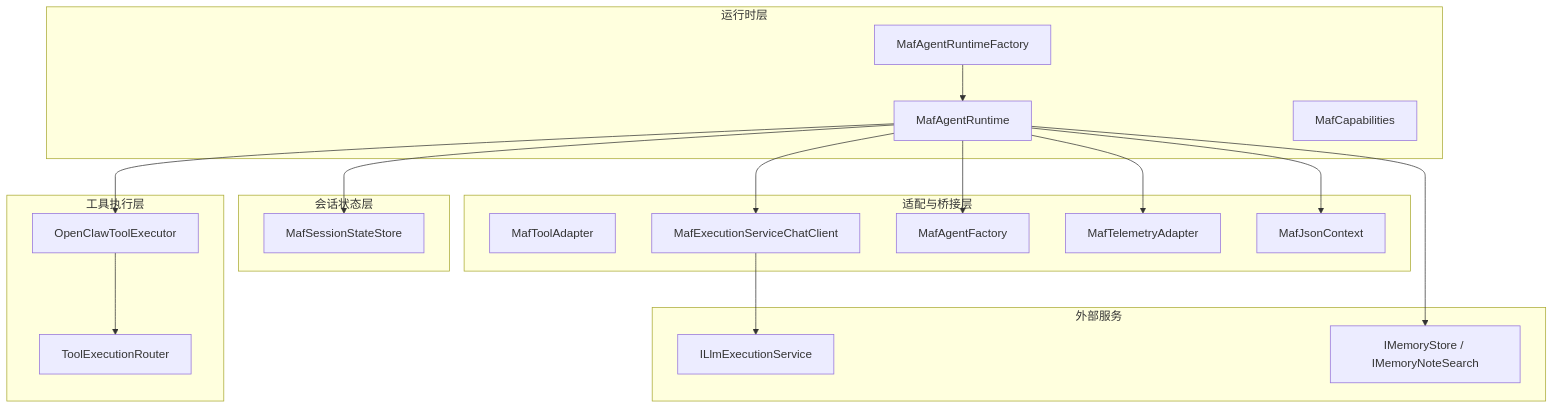
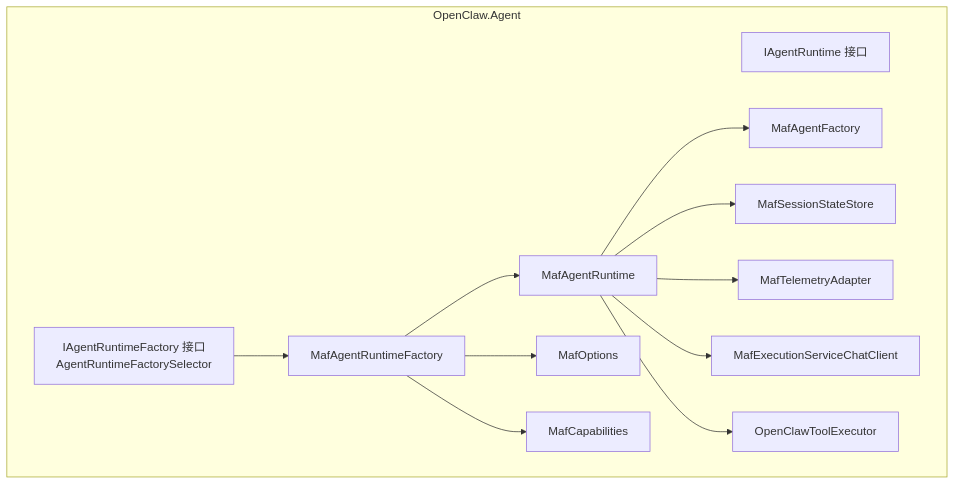
The first of 9 diagrams in .qoder/repowiki/zh/content/代理运行时/代理运行时.md (wayyet/kingcrab), drawn with Mermaid before and after one commit. The commit also changed other lines of this file and 173 other files, not shown here.

````diff
--- a/.qoder/repowiki/zh/content/代理运行时/代理运行时.md
+++ b/.qoder/repowiki/zh/content/代理运行时/代理运行时.md
@@ -44,36 +49,25 @@
 ```mermaid
 graph TB
-subgraph "运行时层"
-R["MafAgentRuntime"]
-F["MafAgentRuntimeFactory"]
-C["MafCapabilities"]
+subgraph "OpenClaw.Agent"
+IFace["IAgentRuntime 接口"]
+IFac["IAgentRuntimeFactory 接口<br/>AgentRuntimeFactorySelector"]
+Fac["MafAgentRuntimeFactory"]
+RT["MafAgentRuntime"]
+AF["MafAgentFactory"]
+SS["MafSessionStateStore"]
+TA["MafTelemetryAdapter"]
+CC["MafExecutionServiceChatClient"]
+EX["OpenClawToolExecutor"]
+OPT["MafOptions"]
+CAP["MafCapabilities"]
 end
-subgraph "工具执行层"
-E["OpenClawToolExecutor"]
-TR["ToolExecutionRouter"]
-end
-subgraph "会话状态层"
-S["MafSessionStateStore"]
-end
-subgraph "适配与桥接层"
-A["MafToolAdapter"]
-CH["MafExecutionServiceChatClient"]
-TF["MafAgentFactory"]
-T["MafTelemetryAdapter"]
-J["MafJsonContext"]
-end
-subgraph "外部服务"
-L["ILlmExecutionService"]
-M["IMemoryStore / IMemoryNoteSearch"]
-end
-F --> R
-R --> S
-R --> CH
-R --> E
-R --> TF
-R --> T
-R --> J
-CH --> L
-E --> TR
-R --> M
+IFac --> Fac
+Fac --> RT
+RT --> AF
+RT --> SS
+RT --> TA
+RT --> CC
+RT --> EX
+Fac --> OPT
+Fac --> CAP
 ```
````
